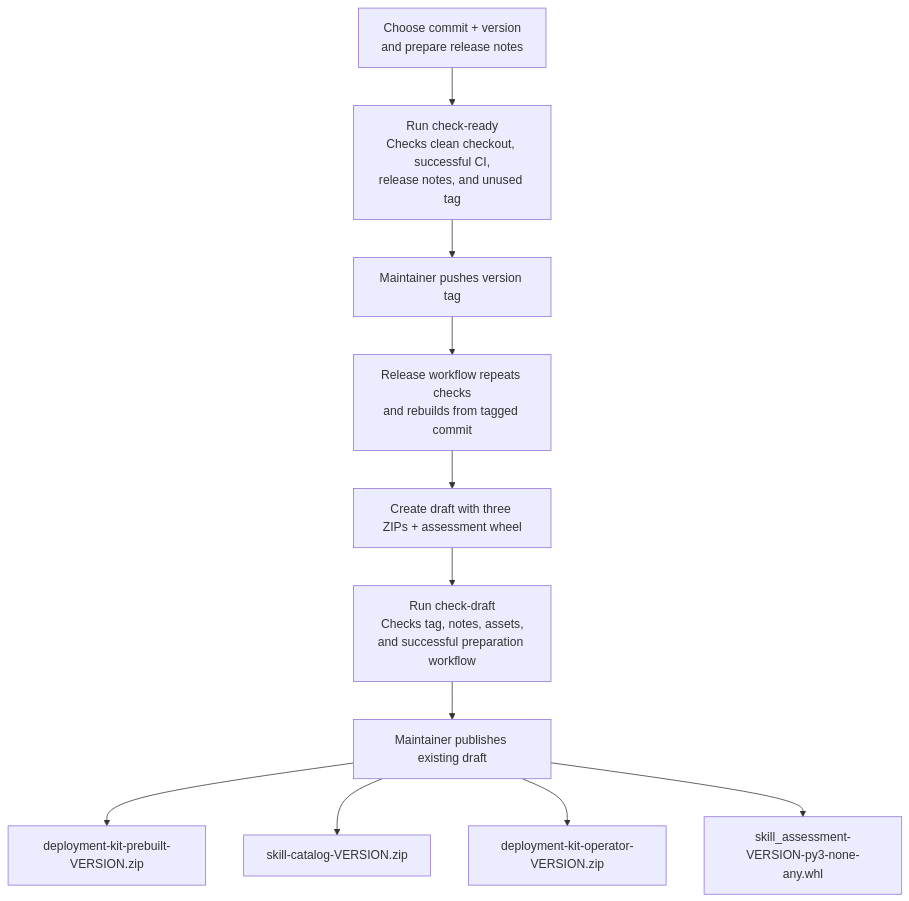
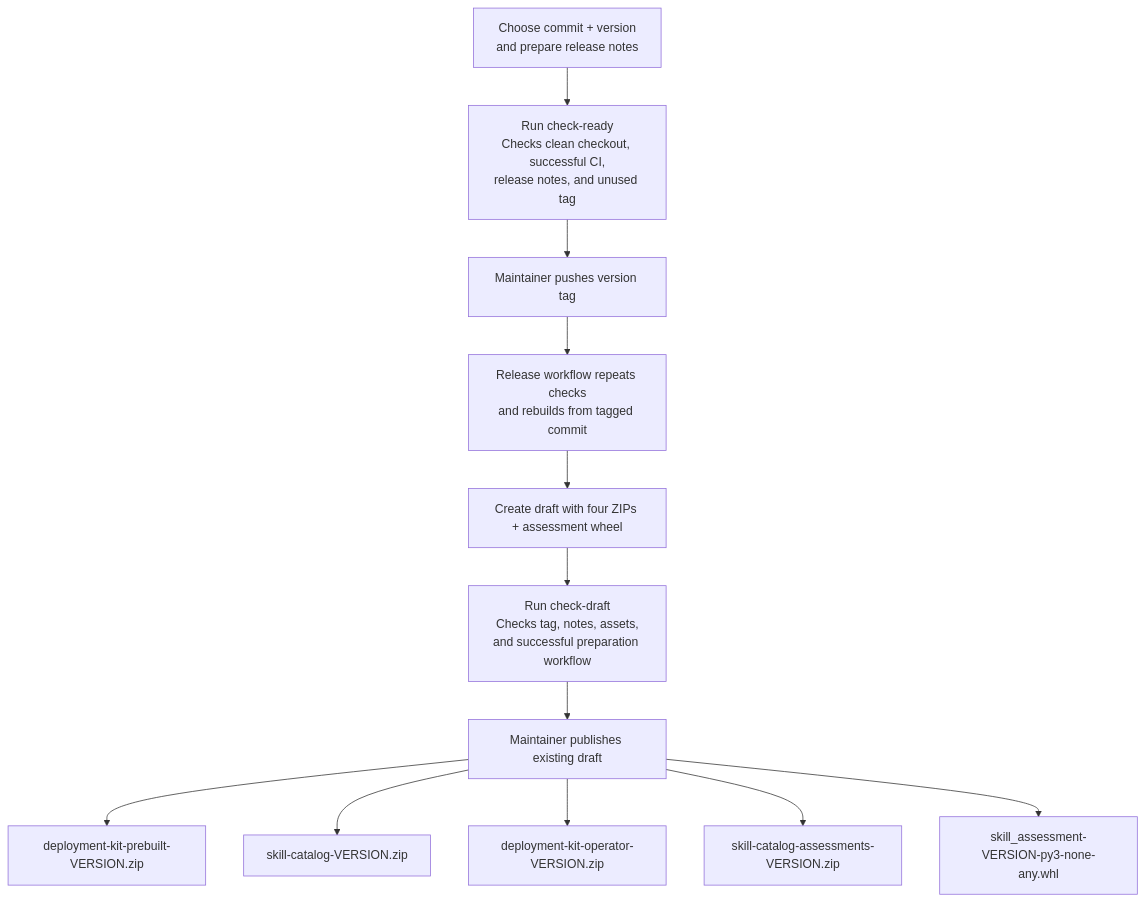
One commit to Code-dot-mil/SkLC changed the second of 2 diagrams in CI.md. Above: the diagram before and after it, drawn with Mermaid. The commit also changed other lines of this file and 19 other files, not shown here.

````diff
--- a/CI.md
+++ b/CI.md
@@ -162,14 +170,15 @@
 ```mermaid
 flowchart TD
     R["Choose commit + version<br/>and prepare release notes"]
     R --> Q["Run check-ready<br/>Checks clean checkout, successful CI,<br/>release notes, and unused tag"]
     Q --> T["Maintainer pushes version tag"]
     T --> V["Release workflow repeats checks<br/>and rebuilds from tagged commit"]
-    V --> G["Create draft with three ZIPs + assessment wheel"]
+    V --> G["Create draft with four ZIPs + assessment wheel"]
     G --> H["Run check-draft<br/>Checks tag, notes, assets,<br/>and successful preparation workflow"]
     H --> P["Maintainer publishes existing draft"]
     P --> D["deployment-kit-prebuilt-VERSION.zip"]
     P --> C["skill-catalog-VERSION.zip"]
     P --> O["deployment-kit-operator-VERSION.zip"]
+    P --> E["skill-catalog-assessments-VERSION.zip"]
     P --> A["skill_assessment-VERSION-py3-none-any.whl"]
 ```
````
